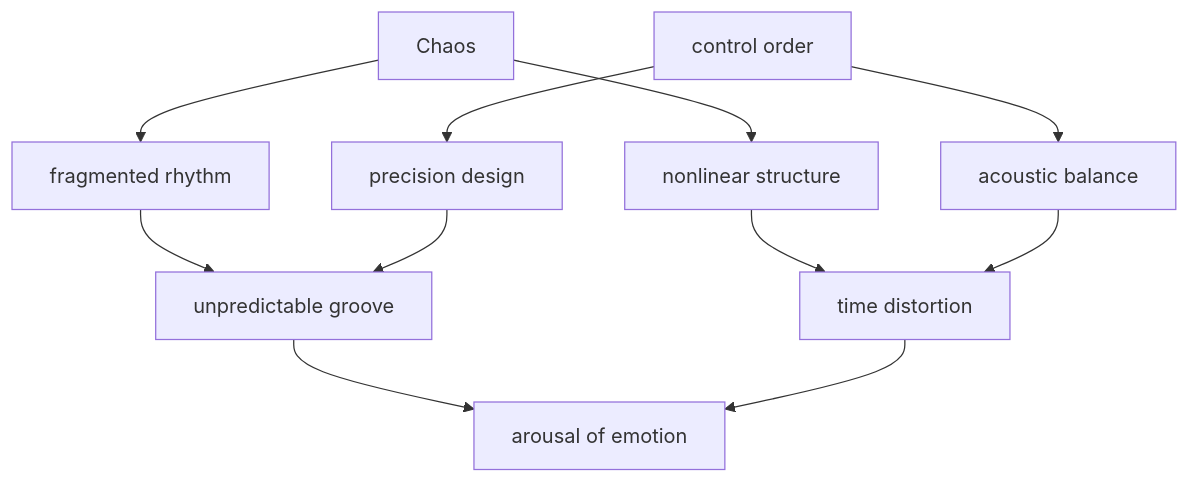
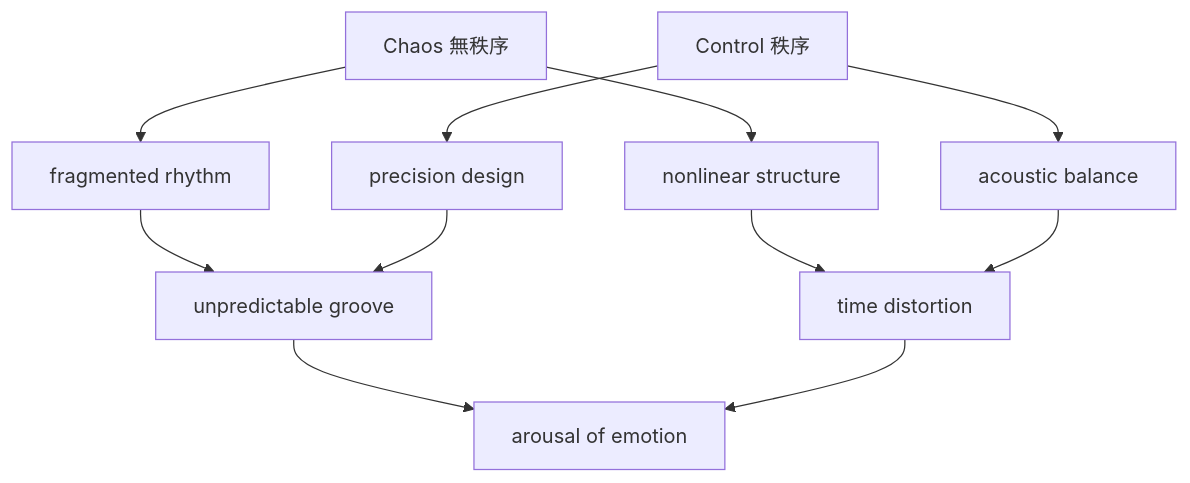
Before and after one commit to monumental-movement/monumental-movement.github.io: the diagram in en/_posts/2026-04-03-column-aphex-twin.md, drawn with Mermaid. The commit also changed other lines of this file and 2196 other files, not shown here.

```diff
--- a/en/_posts/2026-04-03-column-aphex-twin.md
+++ b/en/_posts/2026-04-03-column-aphex-twin.md
@@ -160,13 +160,13 @@
 <div class="mermaid">
 graph TD
-A[Chaos] --> B[fragmented rhythm]
+A[Chaos 無秩序] --> B[fragmented rhythm]
 A --> C[nonlinear structure]
-D[control order] --> E[precision design]
+D[Control 秩序] --> E[precision design]
 D --> F[acoustic balance]
 B --> G[unpredictable groove]
 E --> G
 C --> H[time distortion]
 F --> H
 G --> I[arousal of emotion]
 H --> I
 </div>
```
